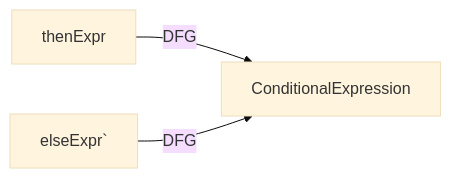
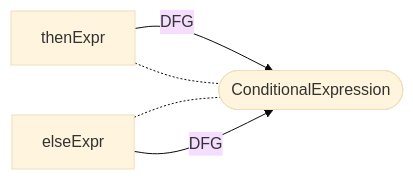
One commit to Fraunhofer-AISEC/cpg changed diagram 11 of 28 in cpg-core/specifications/dfg.md. Above: the diagram before and after it, drawn with Mermaid (base theme). The commit also changed other lines of this file, not shown here.

````diff
--- a/cpg-core/specifications/dfg.md
+++ b/cpg-core/specifications/dfg.md
@@ -162,5 +168,7 @@
   ```mermaid
   flowchart LR
-    thenExpr -- DFG --> ConditionalExpression;
-    elseExpr` -- DFG --> ConditionalExpression;
+    thenExpr -- DFG --> node([ConditionalExpression]);
+    thenExpr -.- node;
+    elseExpr -.- node;
+    elseExpr -- DFG --> node;
    ```
````
